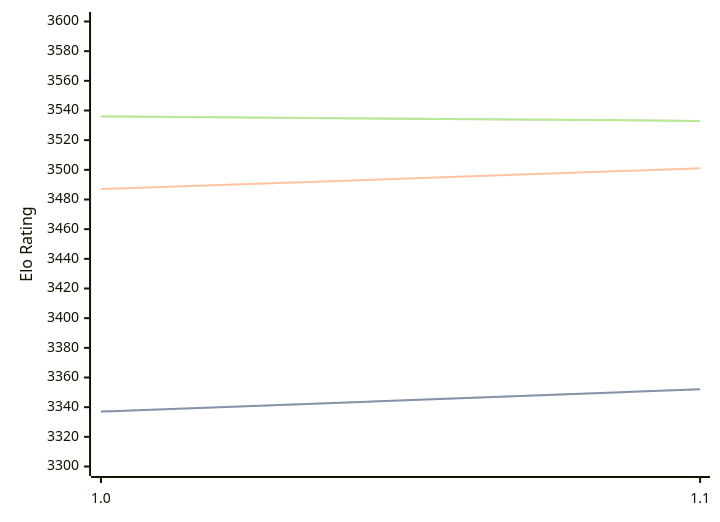
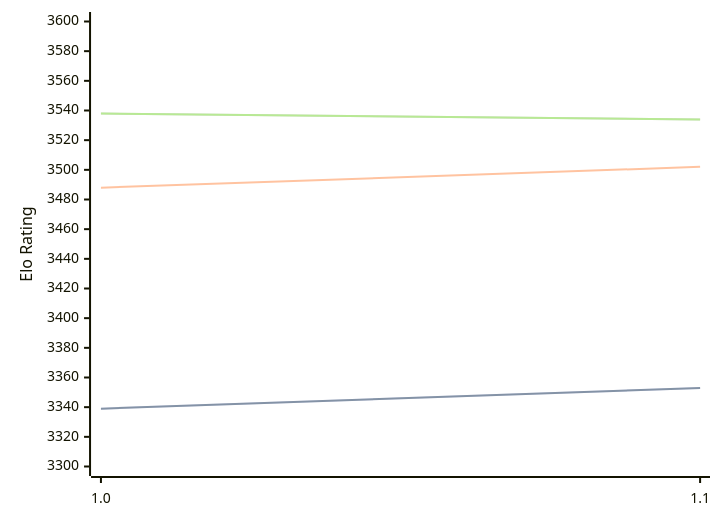
One commit to computer-chess-index/cci changed the diagram in engines/Horsie.md. Above: the diagram before and after it, drawn with Mermaid. The commit also changed other lines of this file, not shown here.

Commit message:
Update CCI Ratings (ELO VLTC) - 2026-09-01

````diff
--- a/engines/Horsie.md
+++ b/engines/Horsie.md
@@ -32,11 +32,11 @@
 ```mermaid
 %%{init: {"theme":"base","themeVariables":{"seriesColors:['#a3a3a3','#222221','#faa371']}}}%%
 xychart-beta
   x-axis ["1.0", "1.1"]
   y-axis "Elo Rating" 3300 --> 3600
-  line "" [3337, 3352]
-  line "STC (8.0+0.08s)" [3337, 3352]
-  line "LTC (60.0+0.60s)" [3487, 3501]
-  line "" [3536, 3533]
-  line "VLTC (2m24s+1.12s)" [3536, 3533]
+  line "" [3339, 3353]
+  line "STC (8.0+0.08s)" [3339, 3353]
+  line "LTC (60.0+0.60s)" [3488, 3502]
+  line "" [3538, 3534]
+  line "VLTC (2m24s+1.12s)" [3538, 3534]
 ```
````
